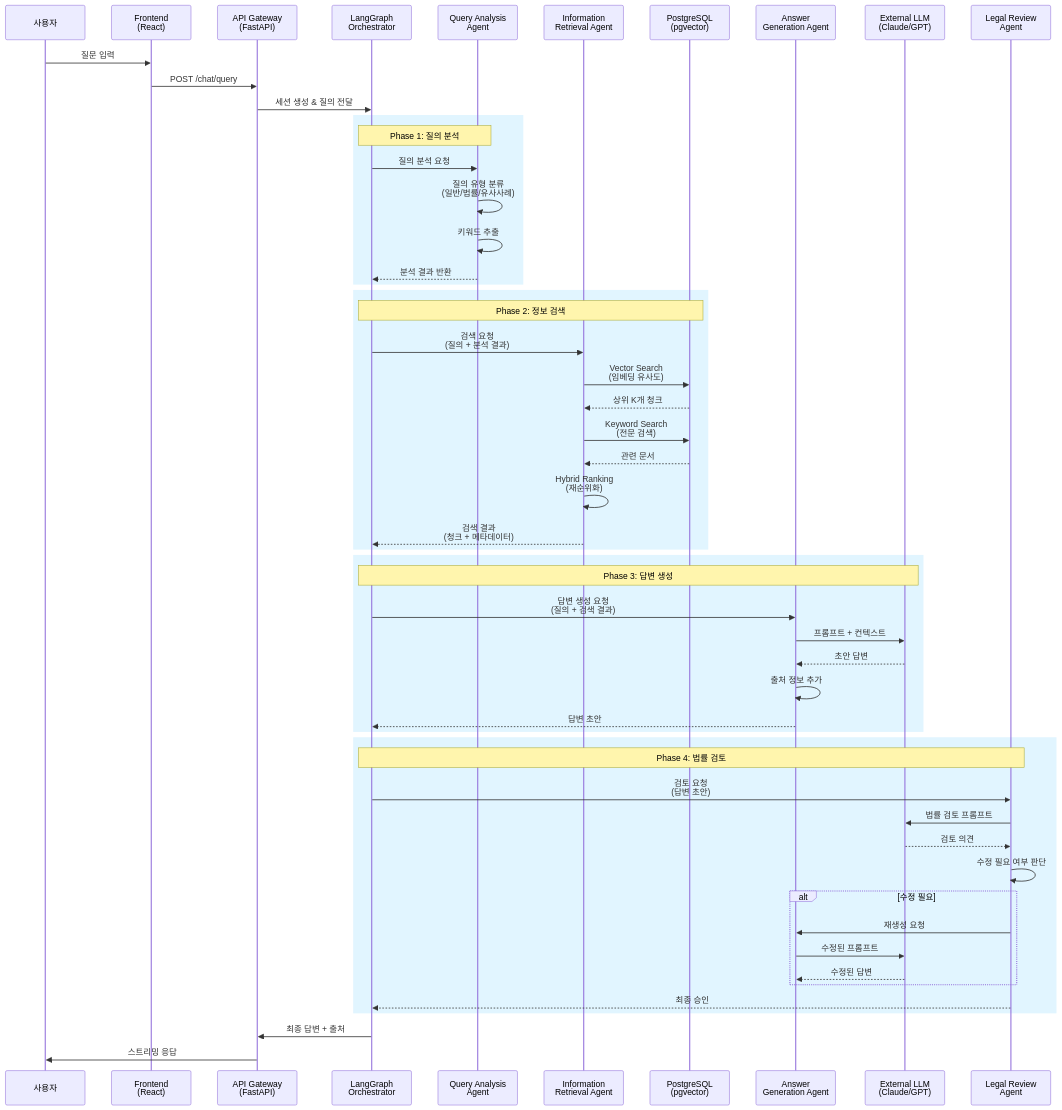
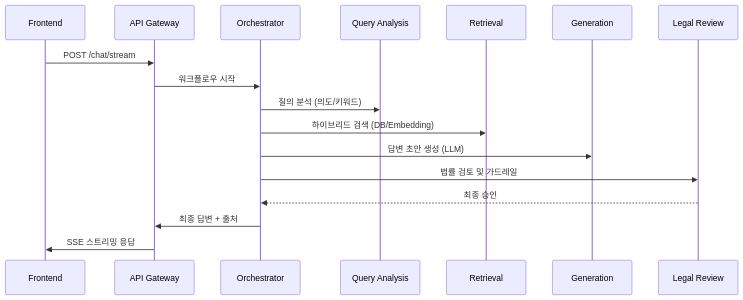
The second of 2 diagrams in README.md (SKN19-FINAL-5team/LLM), drawn with Mermaid before and after one commit. The commit also changed other lines of this file and 2 other files, not shown here.

````diff
--- a/README.md
+++ b/README.md
@@ -123,62 +137,20 @@
 ```mermaid
 sequenceDiagram
-    participant U as 사용자
-    participant FE as Frontend<br/>(React)
-    participant API as API Gateway<br/>(FastAPI)
-    participant Orch as LangGraph<br/>Orchestrator
-    participant QA as Query Analysis<br/>Agent
-    participant IR as Information<br/>Retrieval Agent
-    participant DB as PostgreSQL<br/>(pgvector)
-    participant AG as Answer<br/>Generation Agent
-    participant LLM as External LLM<br/>(Claude/GPT)
-    participant LR as Legal Review<br/>Agent
+    participant FE as Frontend
+    participant API as API Gateway
+    participant Orch as Orchestrator
+    participant QA as Query Analysis
+    participant IR as Retrieval
+    participant AG as Generation
+    participant LR as Legal Review
     
-    U->>FE: 질문 입력
-    FE->>API: POST /chat/query
-    API->>Orch: 세션 생성 & 질의 전달
-    
-    rect rgb(225, 245, 255)
-        Note over Orch,QA: Phase 1: 질의 분석
-        Orch->>QA: 질의 분석 요청
-        QA->>QA: 질의 유형 분류<br/>(일반/법률/유사사례)
-        QA->>QA: 키워드 추출
-        QA-->>Orch: 분석 결과 반환
-    end
-    
-    rect rgb(225, 245, 255)
-        Note over Orch,DB: Phase 2: 정보 검색
-        Orch->>IR: 검색 요청<br/>(질의 + 분석 결과)
-        IR->>DB: Vector Search<br/>(임베딩 유사도)
-        DB-->>IR: 상위 K개 청크
-        IR->>DB: Keyword Search<br/>(전문 검색)
-        DB-->>IR: 관련 문서
-        IR->>IR: Hybrid Ranking<br/>(재순위화)
-        IR-->>Orch: 검색 결과<br/>(청크 + 메타데이터)
-    end
-    
-    rect rgb(225, 245, 255)
-        Note over Orch,LLM: Phase 3: 답변 생성
-        Orch->>AG: 답변 생성 요청<br/>(질의 + 검색 결과)
-        AG->>LLM: 프롬프트 + 컨텍스트
-        LLM-->>AG: 초안 답변
-        AG->>AG: 출처 정보 추가
-        AG-->>Orch: 답변 초안
-    end
-    
-    rect rgb(225, 245, 255)
-        Note over Orch,LR: Phase 4: 법률 검토
-        Orch->>LR: 검토 요청<br/>(답변 초안)
-        LR->>LLM: 법률 검토 프롬프트
-        LLM-->>LR: 검토 의견
-        LR->>LR: 수정 필요 여부 판단
-        alt 수정 필요
-            LR->>AG: 재생성 요청
-            AG->>LLM: 수정된 프롬프트
-            LLM-->>AG: 수정된 답변
-        end
-        LR-->>Orch: 최종 승인
-    end
-    
+    FE->>API: POST /chat/stream
+    API->>Orch: 워크플로우 시작
+    Orch->>QA: 질의 분석 (의도/키워드)
+    Orch->>IR: 하이브리드 검색 (DB/Embedding)
+    Orch->>AG: 답변 초안 생성 (LLM)
+    Orch->>LR: 법률 검토 및 가드레일
+    LR-->>Orch: 최종 승인
     Orch->>API: 최종 답변 + 출처
-    API->>U: 스트리밍 응답
+    API->>FE: SSE 스트리밍 응답
 ```
````
